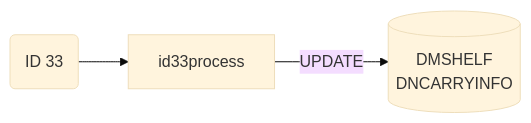
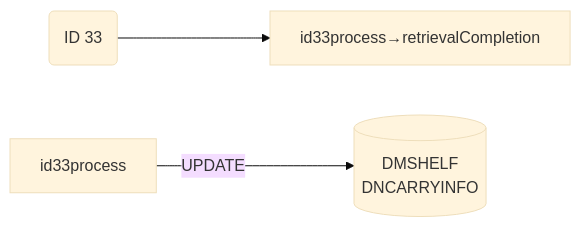
The ninth of 19 diagrams in Basic-Design/DFD-WMS/Retrieval/Specific-Location-Retrieval-Setting.md (luthfiadityaa/SimeDarby-Wiki), drawn with Mermaid (base theme) before and after one commit.

Commit message:
Updated Specific Location Retrieval Setting

```diff
--- a/Basic-Design/DFD-WMS/Retrieval/Specific-Location-Retrieval-Setting.md
+++ b/Basic-Design/DFD-WMS/Retrieval/Specific-Location-Retrieval-Setting.md
@@ -429,15 +429,15 @@
 ::: mermaid
 flowchart LR
 
 id33("
 ID 33
 ")
 
 id33-update[("
 DMSHELF
 DNCARRYINFO
 ")]
 
-id33-->id33process
+id33-->P1[id33process→retrievalCompletion]
 id33process--> |UPDATE| id33-update
 :::
```
